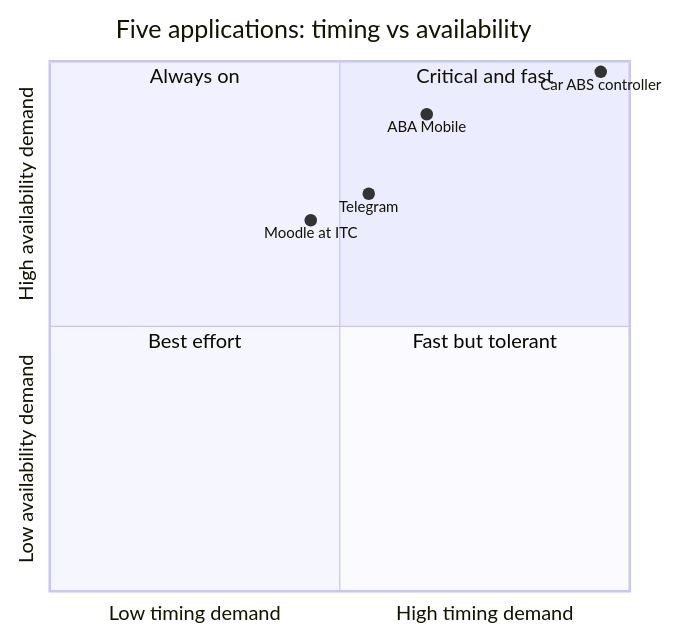
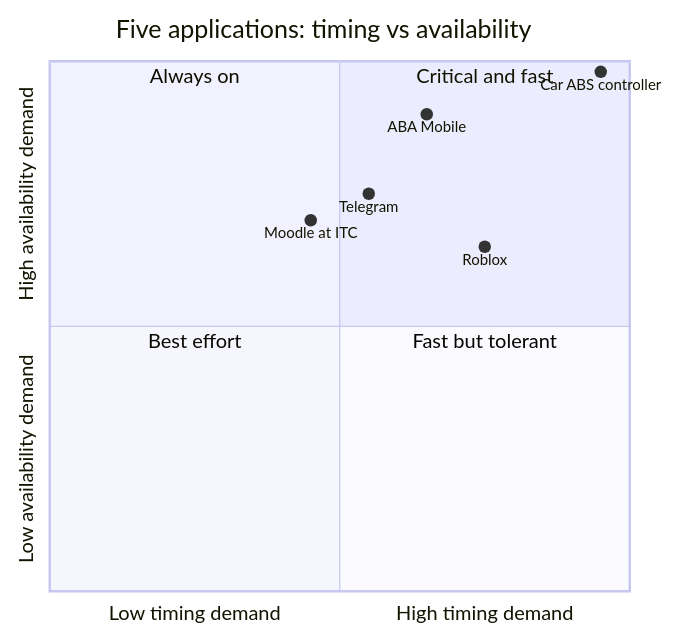
The diagram in lab02/app-quadrant.mmd (KageKishi/clubhub-ISE-4G), drawn with Mermaid before and after one commit. The commit also changed 2 other files, not shown here.

```diff
--- a/lab02/app-quadrant.mmd
+++ b/lab02/app-quadrant.mmd
@@ -1,12 +1,13 @@
 quadrantChart
     title Five applications: timing vs availability
     x-axis Low timing demand --> High timing demand
     y-axis Low availability demand --> High availability demand
     quadrant-1 Critical and fast
     quadrant-2 Always on
     quadrant-3 Best effort
     quadrant-4 Fast but tolerant
     ABA Mobile: [0.65, 0.90]
     Telegram: [0.55, 0.75]
     Car ABS controller: [0.95, 0.98]
     Moodle at ITC: [0.45, 0.70]
+    Roblox: [0.75, 0.65]
```
